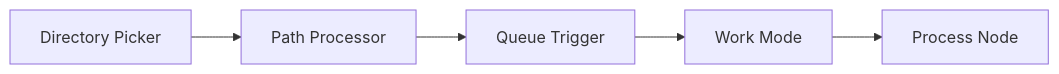
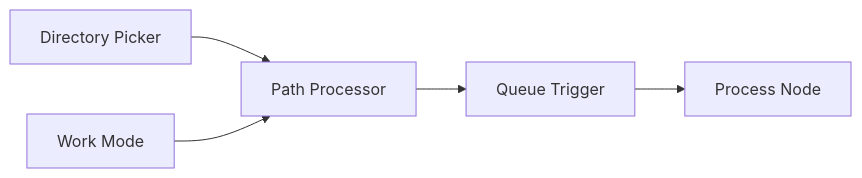
The third of 3 diagrams in README.md (axunrun/Axun_Nodes), drawn with Mermaid before and after one commit. The commit also changed other lines of this file, not shown here.

Commit message:
docs: 修正工作流程图，更正节点连接关系

````diff
--- a/README.md
+++ b/README.md
@@ -202,7 +201,7 @@
 ```mermaid
 graph LR
-    A[Directory Picker] --> B[Path Processor]
-    B --> C[Queue Trigger]
-    C --> D[Work Mode]
+    A[Directory Picker] --> C[Path Processor]
+    B[Work Mode] --> C
+    C --> D[Queue Trigger]
     D --> E[Process Node]
 ```
````
